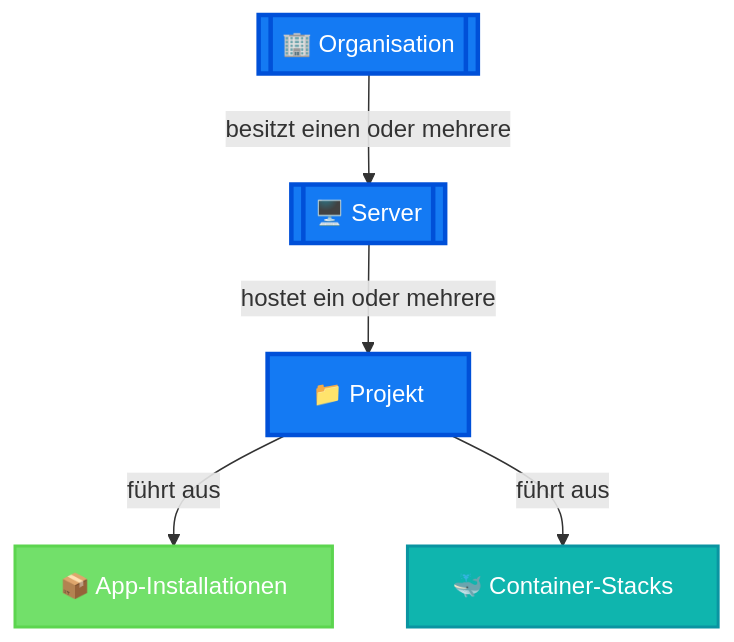
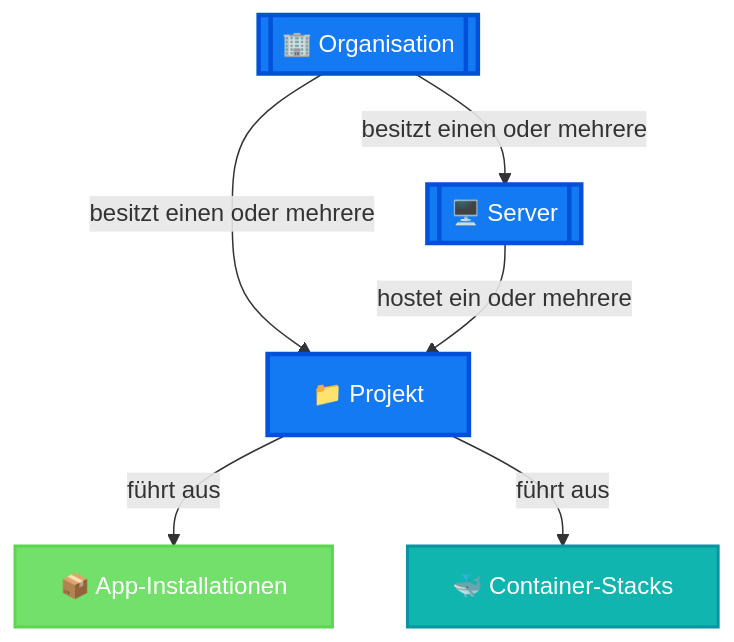
Before and after one commit to mittwald/developer-portal: the first of 2 diagrams in i18n/de/docusaurus-plugin-content-docs/current/platform/overview.mdx, drawn with Mermaid. The commit also changed other lines of this file and 1 other file, not shown here.

````diff
--- a/i18n/de/docusaurus-plugin-content-docs/current/platform/overview.mdx
+++ b/i18n/de/docusaurus-plugin-content-docs/current/platform/overview.mdx
@@ -27,21 +27,23 @@
 ```mermaid
 graph TD
     ORG[["🏢 Organisation"]]
     SERVER[["🖥️ Server"]]
     PROJECT["📁 Projekt"]
     APP["📦 App-Installationen"]
     STACK["🐳 Container-Stacks"]
 
     ORG -->|besitzt einen oder mehrere| SERVER
+    ORG -->|besitzt einen oder mehrere| PROJECT
+
     SERVER -->|hostet ein oder mehrere| PROJECT
     PROJECT -->|führt aus| APP
     PROJECT -->|führt aus| STACK
 
     classDef brandOrg fill:#147af3,stroke:#0050d8,color:#fff,stroke-width:3px
     classDef managed fill:#72e06a,stroke:#5cd54f,color:#fff,stroke-width:2px
     classDef containers fill:#0fb5ae,stroke:#0a94a1,color:#fff,stroke-width:2px
 
     class ORG,SERVER,PROJECT brandOrg
     class APP managed
     class STACK containers
 ```
````
